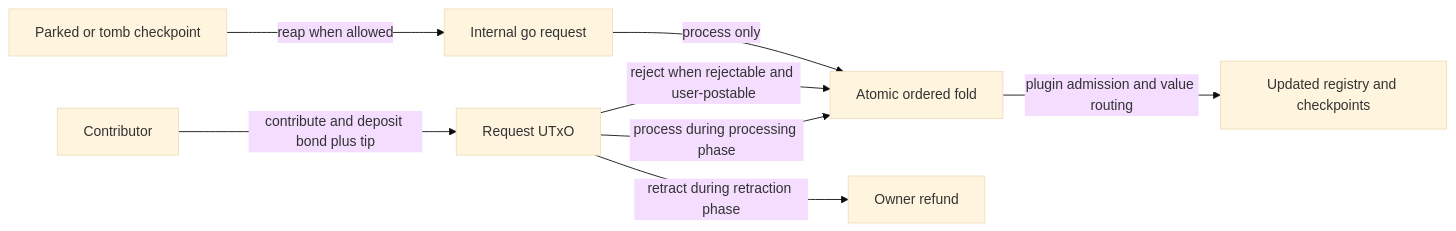
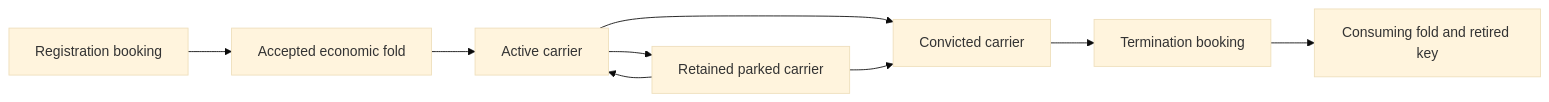
The third of 4 diagrams in specs/400-offered-interface/spec.md (lambdasistemi/cardano-keri), drawn with Mermaid (base theme) before and after one commit. The commit also changed other lines of this file and 266 other files, not shown here.

First line of the commit message:
fix(model): retain parked outputs and bind retirement to registry folds

````diff
--- a/specs/400-offered-interface/spec.md
+++ b/specs/400-offered-interface/spec.md
@@ -133,10 +129,11 @@
 ```mermaid
 flowchart LR
-  Contributor[Contributor] -->|contribute and deposit bond plus tip| Request[Request UTxO]
-  Request -->|process during processing phase| Fold[Atomic ordered fold]
-  Request -->|reject when rejectable and user-postable| Fold
-  Request -->|retract during retraction phase| Refund[Owner refund]
-  Fold -->|plugin admission and value routing| Registry[Updated registry and checkpoints]
-  Parked[Parked or tomb checkpoint] -->|reap when allowed| Go[Internal go request]
-  Go -->|process only| Fold
+  Booking[Registration booking] --> Fold[Accepted economic fold]
+  Fold --> Active[Active carrier]
+  Active --> Parked[Retained parked carrier]
+  Parked --> Active
+  Active --> Pending[Convicted carrier]
+  Parked --> Pending
+  Pending --> Request[Termination booking]
+  Request --> Final[Consuming fold and retired key]
 ```
````
